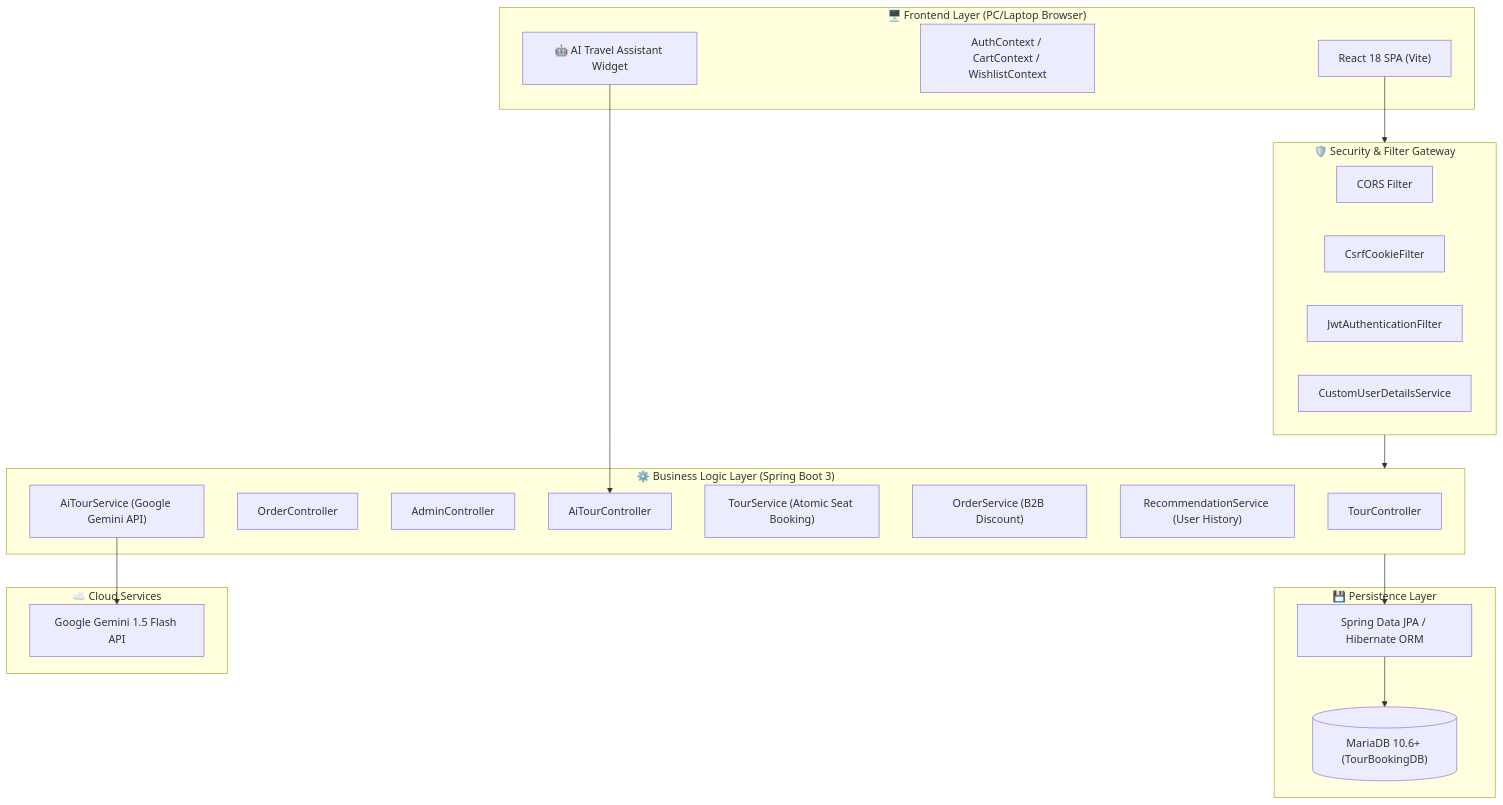
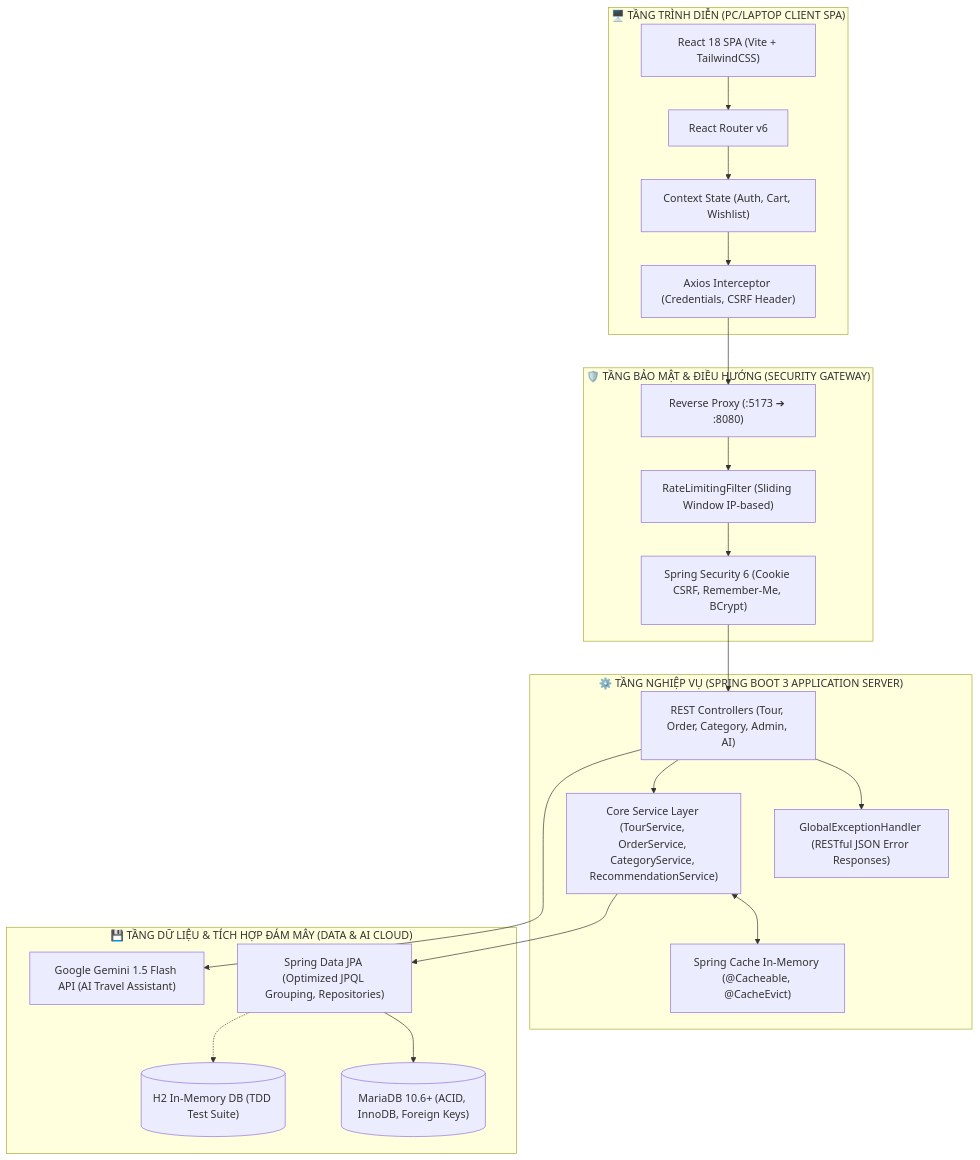
One commit to DaMilos35/JavaWWW_Nhom5_TourBooking changed the first of 7 diagrams in README.md. Above: the diagram before and after it, drawn with Mermaid. The commit also changed other lines of this file and 396 other files, not shown here.

Commit message:
docs & feat: add comprehensive UML architecture, ERD, sequence diagrams, and SRS specifications; remove Enterprise branding and untrack agent tooling

````diff
--- a/README.md
+++ b/README.md
@@ -97,43 +101,39 @@
 ```mermaid
-flowchart TD
-    subgraph Client_Layer ["🖥️ Frontend Layer (PC/Laptop Browser)"]
-        UI["React 18 SPA (Vite)"]
-        State["AuthContext / CartContext / WishlistContext"]
-        AIChatWidget["🤖 AI Travel Assistant Widget"]
+flowchart TB
+    subgraph ClientLayer["🖥️ TẦNG TRÌNH DIỄN (PC/LAPTOP CLIENT SPA)"]
+        UI["React 18 SPA (Vite + TailwindCSS)"]
+        Router["React Router v6"]
+        Axios["Axios Interceptor (Credentials, CSRF Header)"]
+        State["Context State (Auth, Cart, Wishlist)"]
     end
 
-    subgraph Security_Layer ["🛡️ Security & Filter Gateway"]
-        CORS["CORS Filter"]
-        CSRF["CsrfCookieFilter"]
-        JWT["JwtAuthenticationFilter"]
-        UserDetails["CustomUserDetailsService"]
+    subgraph SecurityLayer["🛡️ TẦNG BẢO MẬT & ĐIỀU HƯỚNG (SECURITY GATEWAY)"]
+        Proxy["Reverse Proxy (:5173 ➔ :8080)"]
+        RateLimit["RateLimitingFilter (Sliding Window IP-based)"]
+        SecFilter["Spring Security 6 (Cookie CSRF, Remember-Me, BCrypt)"]
     end
 
-    subgraph Service_Layer ["⚙️ Business Logic Layer (Spring Boot 3)"]
-        TourCtrl["TourController"]
-        OrderCtrl["OrderController"]
-        AdminCtrl["AdminController"]
-        AICtrl["AiTourController"]
-        
-        TourSvc["TourService (Atomic Seat Booking)"]
-        OrderSvc["OrderService (B2B Discount)"]
-        RecSvc["RecommendationService (User History)"]
-        AISvc["AiTourService (Google Gemini API)"]
+    subgraph ServiceLayer["⚙️ TẦNG NGHIỆP VỤ (SPRING BOOT 3 APPLICATION SERVER)"]
+        Controllers["REST Controllers (Tour, Order, Category, Admin, AI)"]
+        GlobalEx["GlobalExceptionHandler (RESTful JSON Error Responses)"]
+        Services["Core Service Layer (TourService, OrderService, CategoryService, RecommendationService)"]
+        Cache["Spring Cache In-Memory (@Cacheable, @CacheEvict)"]
     end
 
-    subgraph Persistence_Layer ["💾 Persistence Layer"]
-        JPA["Spring Data JPA / Hibernate ORM"]
-        MariaDB[("MariaDB 10.6+ (TourBookingDB)")]
+    subgraph DataLayer["💾 TẦNG DỮ LIỆU & TÍCH HỢP ĐÁM MÂY (DATA & AI CLOUD)"]
+        JPA["Spring Data JPA (Optimized JPQL Grouping, Repositories)"]
+        MariaDB[("MariaDB 10.6+ (ACID, InnoDB, Foreign Keys)")]
+        H2[("H2 In-Memory DB (TDD Test Suite)")]
+        GeminiAPI["Google Gemini 1.5 Flash API (AI Travel Assistant)"]
     end
 
-    subgraph External_Cloud ["☁️ Cloud Services"]
-        GeminiAPI["Google Gemini 1.5 Flash API"]
-    end
-
-    UI --> Security_Layer
-    AIChatWidget --> AICtrl
-    Security_Layer --> Service_Layer
-    Service_Layer --> JPA
+    UI --> Router --> State --> Axios
+    Axios --> Proxy --> RateLimit --> SecFilter --> Controllers
+    Controllers --> GlobalEx
+    Controllers --> Services
+    Services <--> Cache
+    Services --> JPA
     JPA --> MariaDB
-    AISvc --> GeminiAPI
+    JPA -.-> H2
+    Controllers --> GeminiAPI
 ```
````
